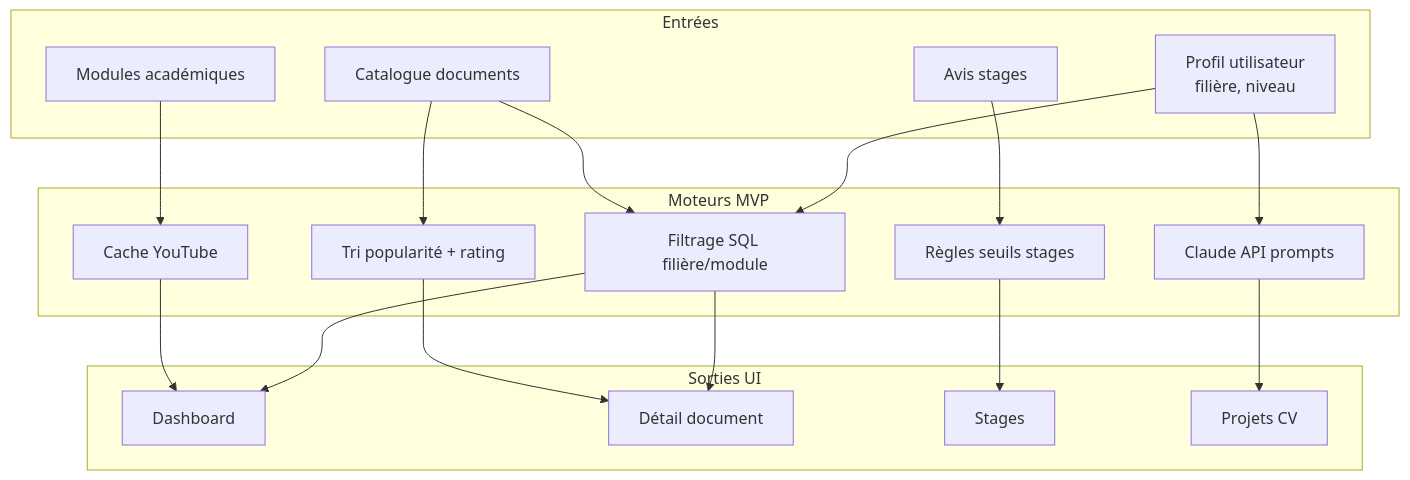
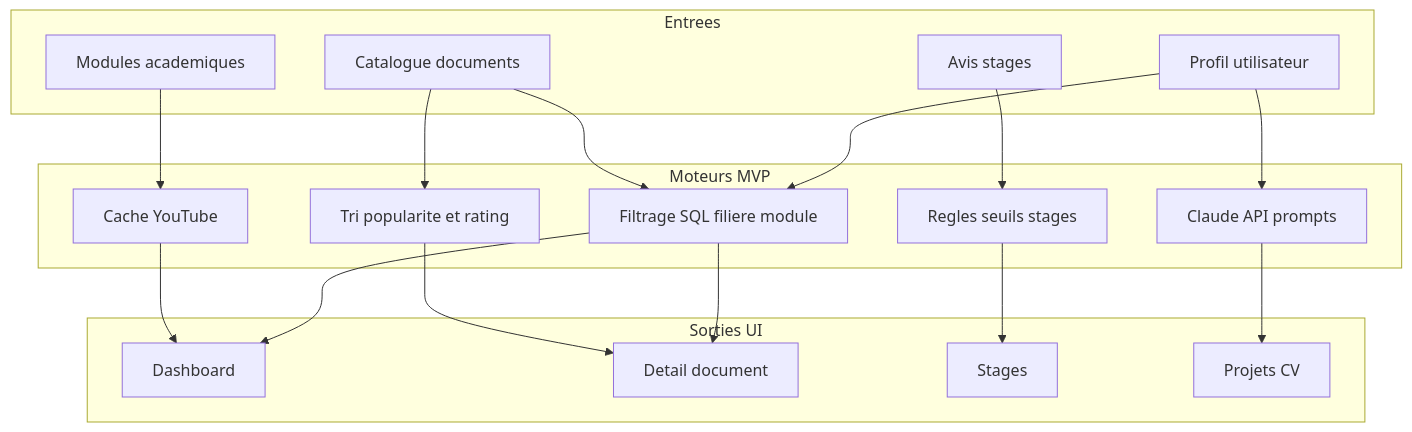
Before and after one commit to Claude20022002/StudyLib: diagram 11 of 15 in docs/RAPPORT.md, drawn with Mermaid. The commit also changed other lines of this file, not shown here.

Commit message:
Update RAPPORT.md to enhance compatibility with GitHub by adjusting Mermaid diagram labels, standardizing terminology, and improving clarity in various sections, including functional modules and user flows.

````diff
--- a/docs/RAPPORT.md
+++ b/docs/RAPPORT.md
@@ -955,38 +972,38 @@
 ```mermaid
 flowchart TB
-    subgraph Entrées
-        U[Profil utilisateur<br/>filière, niveau]
+    subgraph inputs [Entrees]
+        U[Profil utilisateur]
         D[Catalogue documents]
         S[Avis stages]
-        M[Modules académiques]
+        M[Modules academiques]
     end
 
-    subgraph Moteurs MVP
-        R1[Filtrage SQL filière/module]
-        R2[Tri popularité + rating]
-        R3[Règles seuils stages]
+    subgraph engines [Moteurs MVP]
+        R1[Filtrage SQL filiere module]
+        R2[Tri popularite et rating]
+        R3[Regles seuils stages]
         R4[Claude API prompts]
         R5[Cache YouTube]
     end
 
-    subgraph Sorties UI
-        DB[Dashboard]
-        DS[Détail document]
-        ST[Stages]
-        PR[Projets CV]
+    subgraph outputs [Sorties UI]
+        OUT_DASH[Dashboard]
+        OUT_DOC[Detail document]
+        OUT_STG[Stages]
+        OUT_PRJ[Projets CV]
     end
 
     U --> R1
     D --> R1
     D --> R2
     S --> R3
     U --> R4
     M --> R5
 
-    R1 --> DB
-    R1 --> DS
-    R2 --> DS
-    R3 --> ST
-    R4 --> PR
-    R5 --> DB
+    R1 --> OUT_DASH
+    R1 --> OUT_DOC
+    R2 --> OUT_DOC
+    R3 --> OUT_STG
+    R4 --> OUT_PRJ
+    R5 --> OUT_DASH
 ```
````
